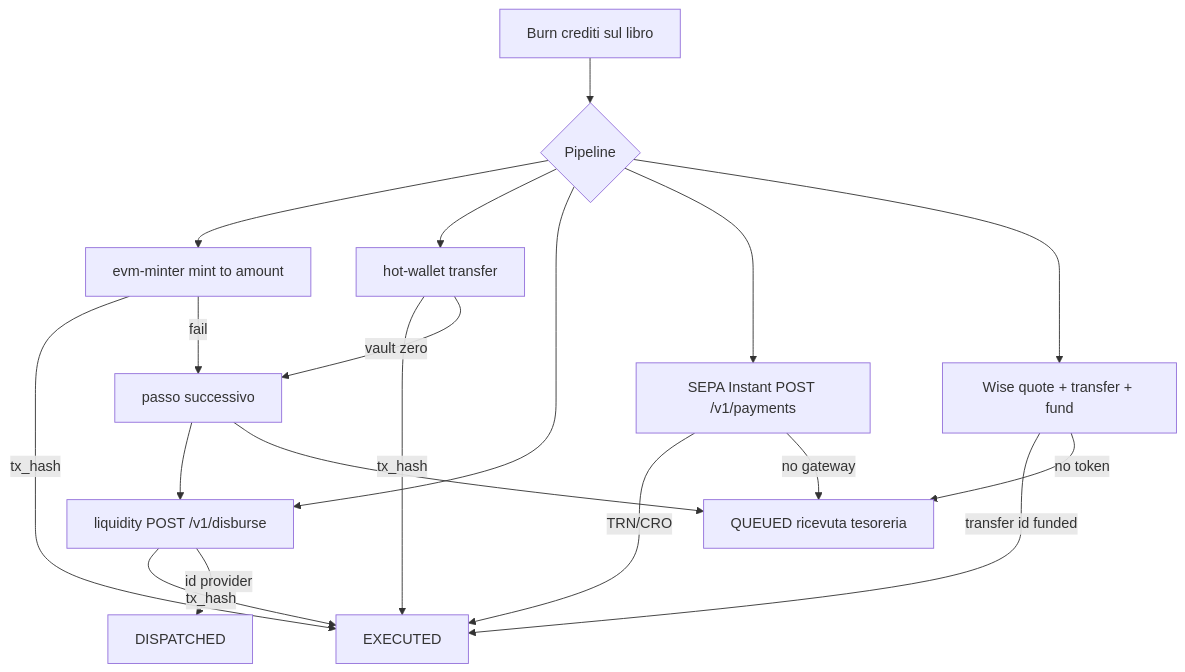
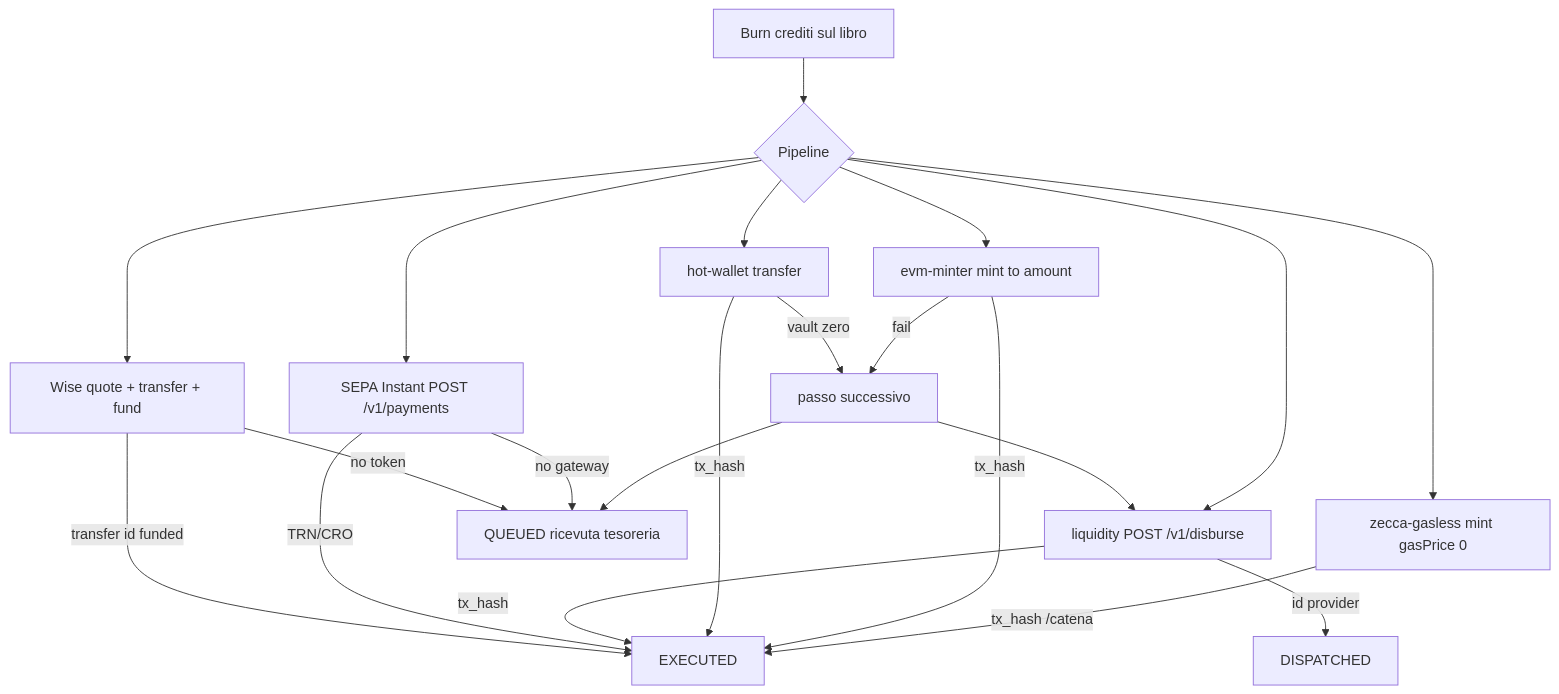
The diagram in docs/pipeline-settlement.md (massimofornara/zecca), drawn with Mermaid before and after one commit. The commit also changed other lines of this file and 26 other files, not shown here.

First line of the commit message:
Execute EVM mints at gasPrice 0 on Zecca Gasless.

````diff
--- a/docs/pipeline-settlement.md
+++ b/docs/pipeline-settlement.md
@@ -5,21 +5,23 @@
 ```mermaid
 flowchart TD
   burn[Burn crediti sul libro] --> pipe{Pipeline}
+  pipe --> gasless[zecca-gasless mint gasPrice 0]
   pipe --> mint[evm-minter mint to amount]
   pipe --> hot[hot-wallet transfer]
   pipe --> lp[liquidity POST /v1/disburse]
   pipe --> sepa[SEPA Instant POST /v1/payments]
   pipe --> wise[Wise quote + transfer + fund]
-  mint -->|tx_hash| executed[EXECUTED]
+  gasless -->|tx_hash /catena| executed[EXECUTED]
+  mint -->|tx_hash| executed
   hot -->|tx_hash| executed
   lp -->|tx_hash| executed
   lp -->|id provider| dispatched[DISPATCHED]
   sepa -->|TRN/CRO| executed
   wise -->|transfer id funded| executed
   mint -->|fail| next1[passo successivo]
   hot -->|vault zero| next1
   next1 --> lp
   next1 --> queued[QUEUED ricevuta tesoreria]
   sepa -->|no gateway| queued
   wise -->|no token| queued
 ```
````
